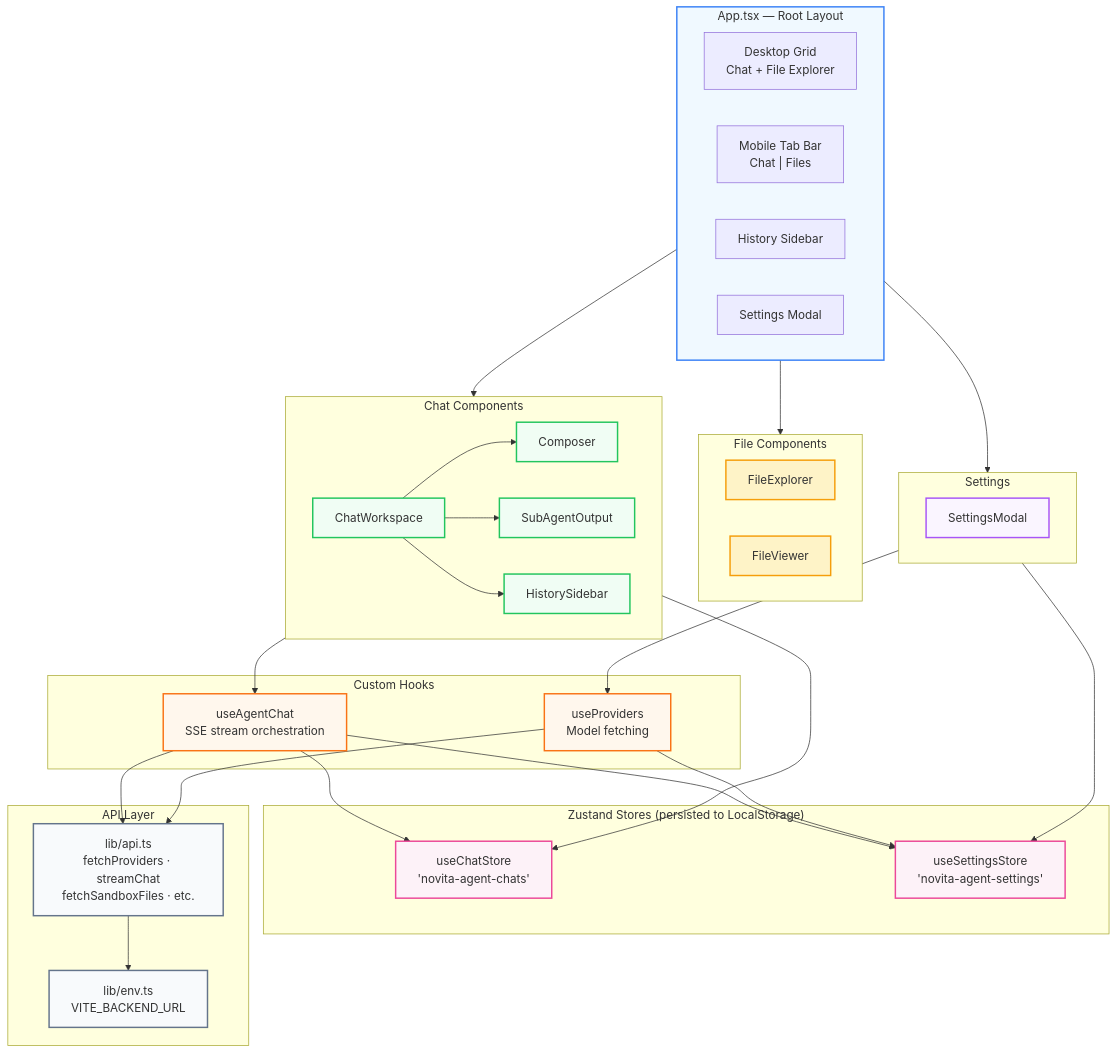
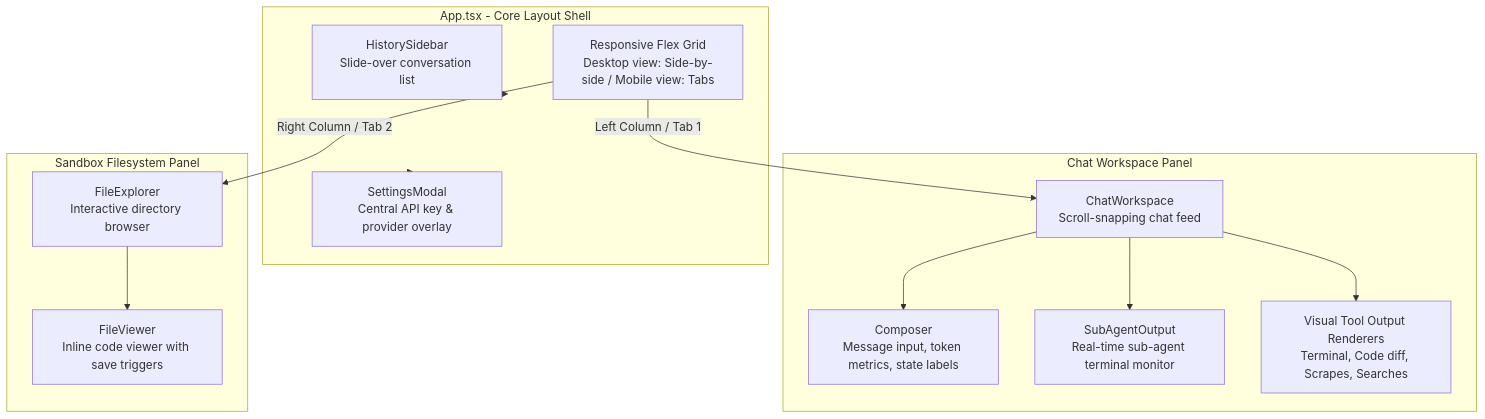
The first of 2 diagrams in frontend/README.md (opencurro-ai/OpenCurro), drawn with Mermaid before and after one commit. The commit also changed other lines of this file and 2 other files, not shown here.

Commit message:
docs: create comprehensive, production-quality README files for root, backend, and frontend

````diff
--- a/frontend/README.md
+++ b/frontend/README.md
@@ -31,77 +39,29 @@
 ```mermaid
 graph TB
-    subgraph APP["App.tsx — Root Layout"]
-        DIR["Desktop Grid<br/>Chat + File Explorer"]
-        MOB["Mobile Tab Bar<br/>Chat | Files"]
-        SIDEBAR["History Sidebar"]
-        MODAL["Settings Modal"]
+    subgraph AppMainLayout["App.tsx - Core Layout Shell"]
+        SIDEBAR["HistorySidebar<br/>Slide-over conversation list"]
+        GRID["Responsive Flex Grid<br/>Desktop view: Side-by-side / Mobile view: Tabs"]
+        SET_MODAL["SettingsModal<br/>Central API key & provider overlay"]
     end
 
-    subgraph CHAT["Chat Components"]
-        CW["ChatWorkspace"]
-        COMP["Composer"]
-        SUB["SubAgentOutput"]
-        HS["HistorySidebar"]
+    subgraph ChatViewPanel["Chat Workspace Panel"]
+        CW["ChatWorkspace<br/>Scroll-snapping chat feed"]
+        COMP["Composer<br/>Message input, token metrics, state labels"]
+        SA_MODAL["SubAgentOutput<br/>Real-time sub-agent terminal monitor"]
+        CHIPS["Visual Tool Output Renderers<br/>Terminal, Code diff, Scrapes, Searches"]
     end
 
-    subgraph FILES["File Components"]
-        FE["FileExplorer"]
-        FV["FileViewer"]
+    subgraph FilesystemPanel["Sandbox Filesystem Panel"]
+        FE["FileExplorer<br/>Interactive directory browser"]
+        FV["FileViewer<br/>Inline code viewer with save triggers"]
     end
 
-    subgraph SETTINGS["Settings"]
-        SM["SettingsModal"]
-    end
-
-    subgraph STATE["Zustand Stores (persisted to LocalStorage)"]
-        CS["useChatStore<br/>'novita-agent-chats'"]
-        SS["useSettingsStore<br/>'novita-agent-settings'"]
-    end
-
-    subgraph HOOKS["Custom Hooks"]
-        UAC["useAgentChat<br/>SSE stream orchestration"]
-        UP["useProviders<br/>Model fetching"]
-    end
-
-    subgraph API["API Layer"]
-        APICLIENT["lib/api.ts<br/>fetchProviders · streamChat<br/>fetchSandboxFiles · etc."]
-        ENV["lib/env.ts<br/>VITE_BACKEND_URL"]
-    end
-
-    APP --> CHAT
-    APP --> FILES
-    APP --> SETTINGS
-
+    GRID -->|Left Column / Tab 1| CW
+    GRID -->|Right Column / Tab 2| FE
     CW --> COMP
-    CW --> SUB
-    CW --> HS
-
-    CHAT --> UAC
-    CHAT --> CS
-    SETTINGS --> SS
-    SETTINGS --> UP
-
-    UAC --> APICLIENT
-    UAC --> CS
-    UAC --> SS
-
-    UP --> APICLIENT
-    UP --> SS
-
-    APICLIENT --> ENV
-
-    classDef layout fill:#f0f9ff,stroke:#3b82f6,stroke-width:2px
-    classDef chat fill:#f0fdf4,stroke:#22c55e,stroke-width:2px
-    classDef files fill:#fef3c7,stroke:#f59e0b,stroke-width:2px
-    classDef settings fill:#faf5ff,stroke:#a855f7,stroke-width:2px
-    classDef state fill:#fdf2f8,stroke:#ec4899,stroke-width:2px
-    classDef hooks fill:#fff7ed,stroke:#f97316,stroke-width:2px
-    classDef api fill:#f8fafc,stroke:#64748b,stroke-width:2px
-    class APP layout
-    class CW,COMP,SUB,HS chat
-    class FE,FV files
-    class SM settings
-    class CS,SS state
-    class UAC,UP hooks
-    class APICLIENT,ENV api
+    CW --> SA_MODAL
+    CW --> CHIPS
+    FE --> FV
+    AppMainLayout --> SIDEBAR
+    AppMainLayout --> SET_MODAL
 ```
````
